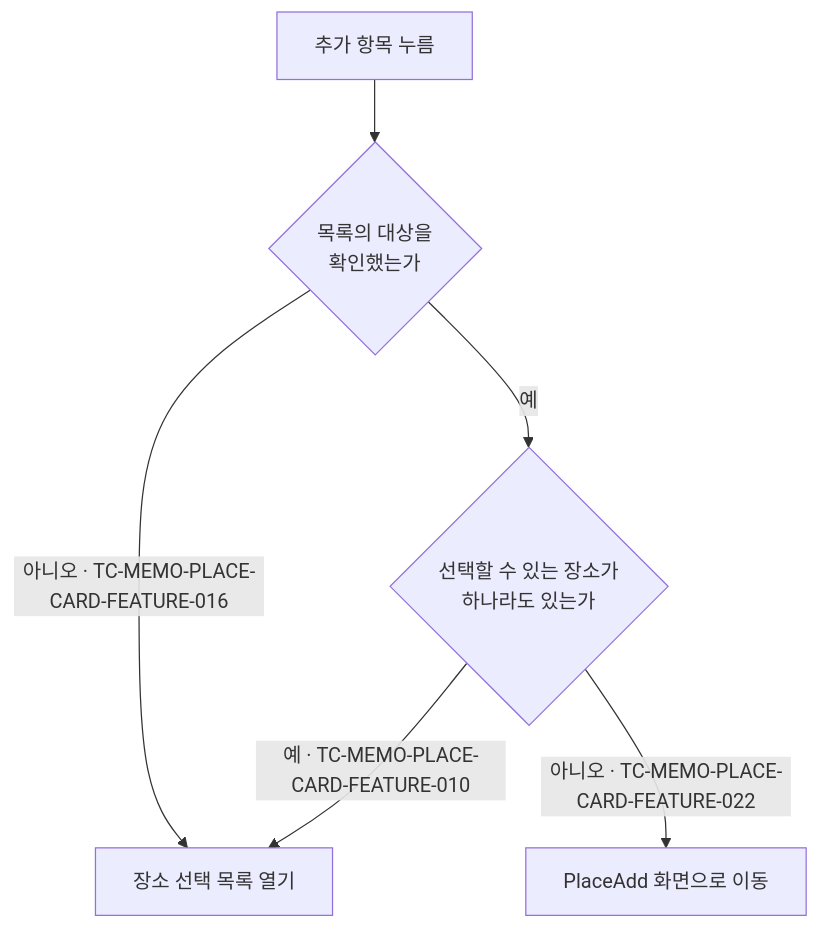
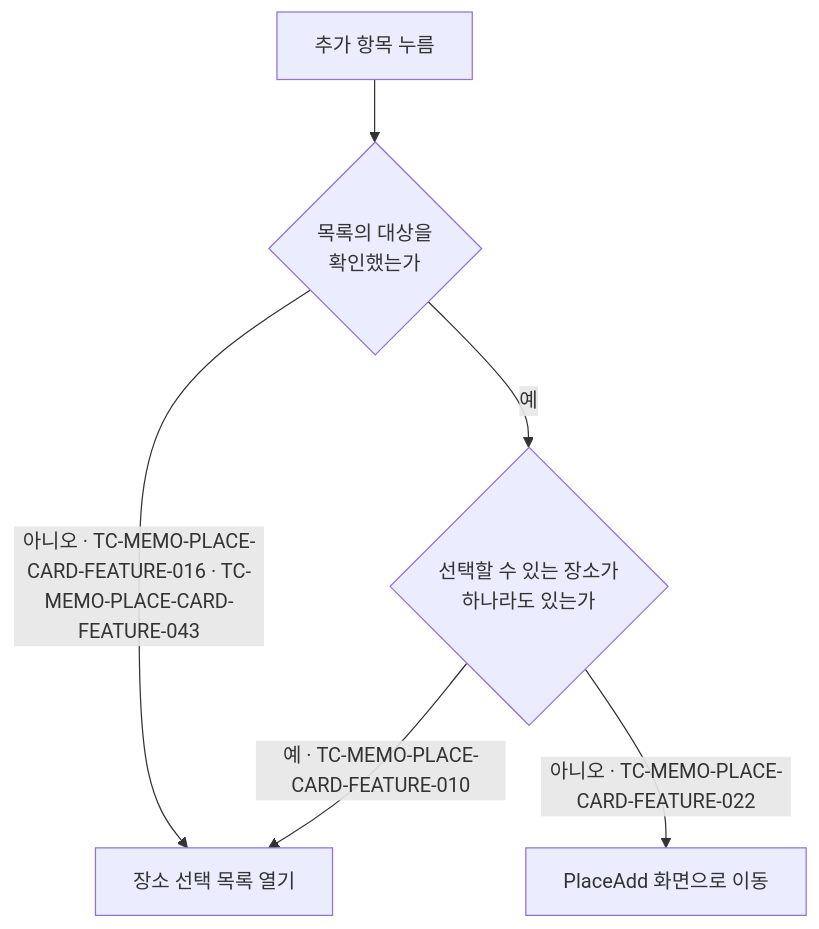
One commit to taetae98coding/DiaryKMP changed the diagram in docs/testcase/memo-place-card.md. Above: the diagram before and after it, drawn with Mermaid. The commit also changed other lines of this file and 130 other files, not shown here.

````diff
--- a/docs/testcase/memo-place-card.md
+++ b/docs/testcase/memo-place-card.md
@@ -89,8 +89,8 @@
 ```mermaid
 flowchart TD
     Click["추가 항목 누름"] --> Ready{"목록의 대상을<br/>확인했는가"}
-    Ready -- "아니오 · TC-MEMO-PLACE-CARD-FEATURE-016" --> Open["장소 선택 목록 열기"]
+    Ready -- "아니오 · TC-MEMO-PLACE-CARD-FEATURE-016 · TC-MEMO-PLACE-CARD-FEATURE-043" --> Open["장소 선택 목록 열기"]
     Ready -- 예 --> Any{"선택할 수 있는 장소가<br/>하나라도 있는가"}
     Any -- "예 · TC-MEMO-PLACE-CARD-FEATURE-010" --> Open
     Any -- "아니오 · TC-MEMO-PLACE-CARD-FEATURE-022" --> Move["PlaceAdd 화면으로 이동"]
 ```
````
